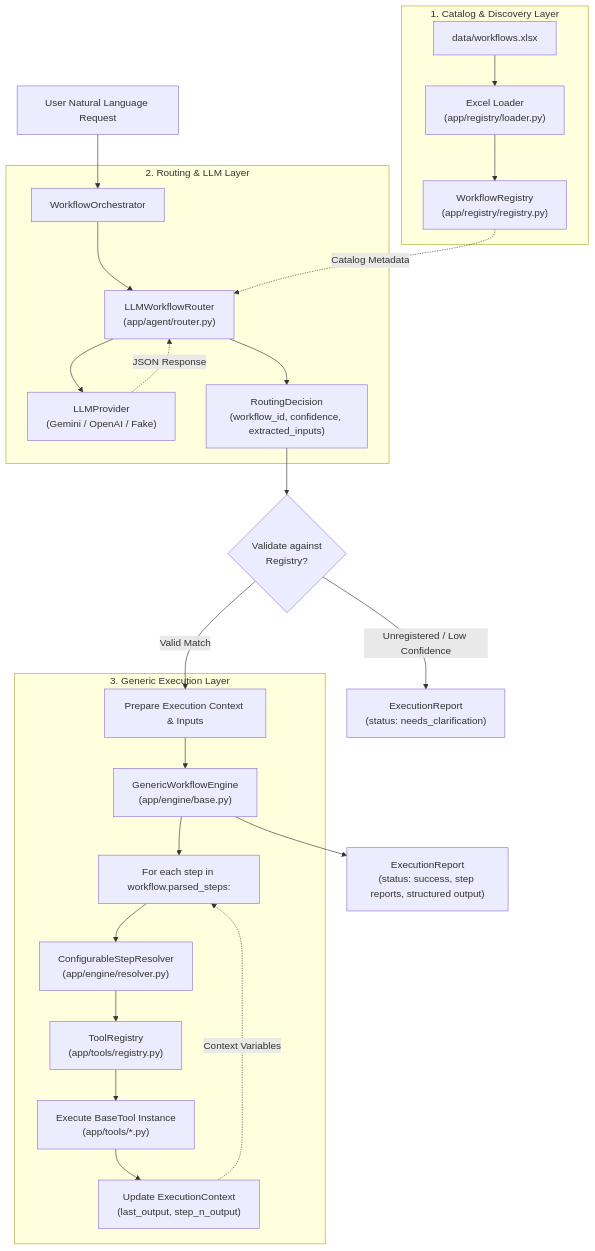
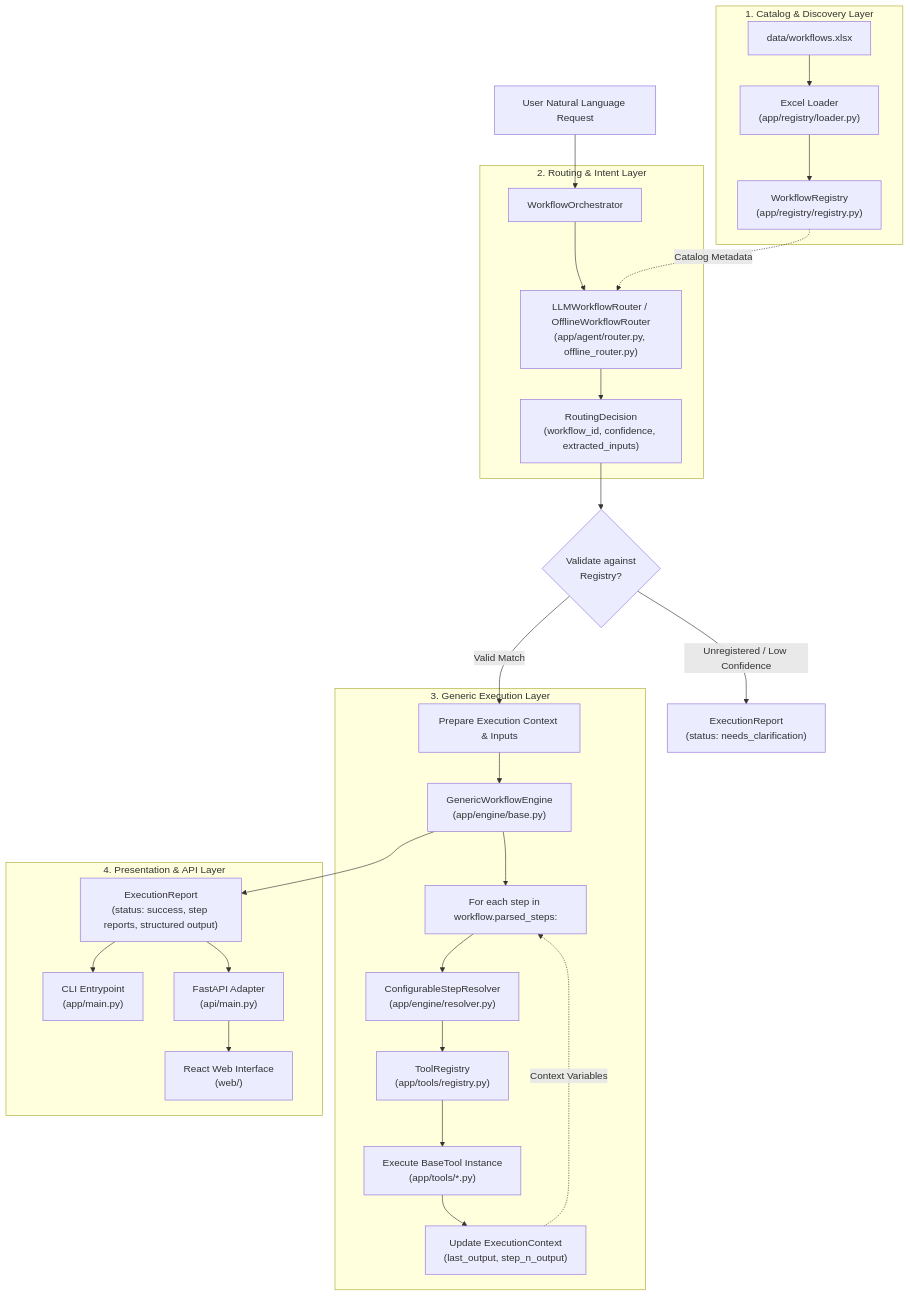
The diagram in README.md (harshrew-bit/ai-workflow-agent), drawn with Mermaid before and after one commit. The commit also changed other lines of this file, not shown here.

````diff
--- a/README.md
+++ b/README.md
@@ -101,33 +107,40 @@
 ```mermaid
 flowchart TD
     UserReq["User Natural Language Request"] --> Orchestrator["WorkflowOrchestrator"]
 
     subgraph CatalogLayer["1. Catalog & Discovery Layer"]
         ExcelFile["data/workflows.xlsx"] --> Loader["Excel Loader\n(app/registry/loader.py)"]
         Loader --> Registry["WorkflowRegistry\n(app/registry/registry.py)"]
     end
 
-    subgraph RoutingLayer["2. Routing & LLM Layer"]
-        Orchestrator --> Router["LLMWorkflowRouter\n(app/agent/router.py)"]
+    subgraph RoutingLayer["2. Routing & Intent Layer"]
+        Orchestrator --> Router["LLMWorkflowRouter / OfflineWorkflowRouter\n(app/agent/router.py, offline_router.py)"]
         Registry -. Catalog Metadata .-> Router
-        Router --> Provider["LLMProvider\n(Gemini / OpenAI / Fake)"]
-        Provider -. JSON Response .-> Router
         Router --> Decision["RoutingDecision\n(workflow_id, confidence, extracted_inputs)"]
     end
 
     Decision --> Validate{"Validate against\nRegistry?"}
     Validate -- "Unregistered / Low Confidence" --> Clarify["ExecutionReport\n(status: needs_clarification)"]
     Validate -- "Valid Match" --> ExecPrep["Prepare Execution Context & Inputs"]
 
     subgraph EngineLayer["3. Generic Execution Layer"]
         ExecPrep --> Engine["GenericWorkflowEngine\n(app/engine/base.py)"]
         Engine --> StepLoop["For each step in workflow.parsed_steps:"]
         StepLoop --> Resolver["ConfigurableStepResolver\n(app/engine/resolver.py)"]
         Resolver --> ToolReg["ToolRegistry\n(app/tools/registry.py)"]
         ToolReg --> ConcreteTool["Execute BaseTool Instance\n(app/tools/*.py)"]
         ConcreteTool --> Context["Update ExecutionContext\n(last_output, step_n_output)"]
         Context -. Context Variables .-> StepLoop
     end
 
     Engine --> FinalReport["ExecutionReport\n(status: success, step reports, structured output)"]
+
+    subgraph PresentationLayer["4. Presentation & API Layer"]
+        CLI["CLI Entrypoint\n(app/main.py)"]
+        API["FastAPI Adapter\n(api/main.py)"]
+        WebUI["React Web Interface\n(web/)"]
+        FinalReport --> CLI
+        FinalReport --> API
+        API --> WebUI
+    end
 ```
````
